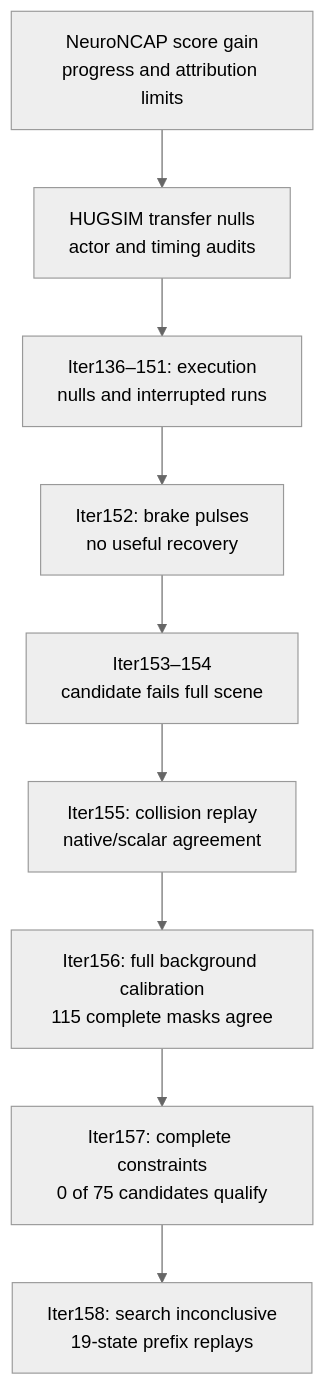
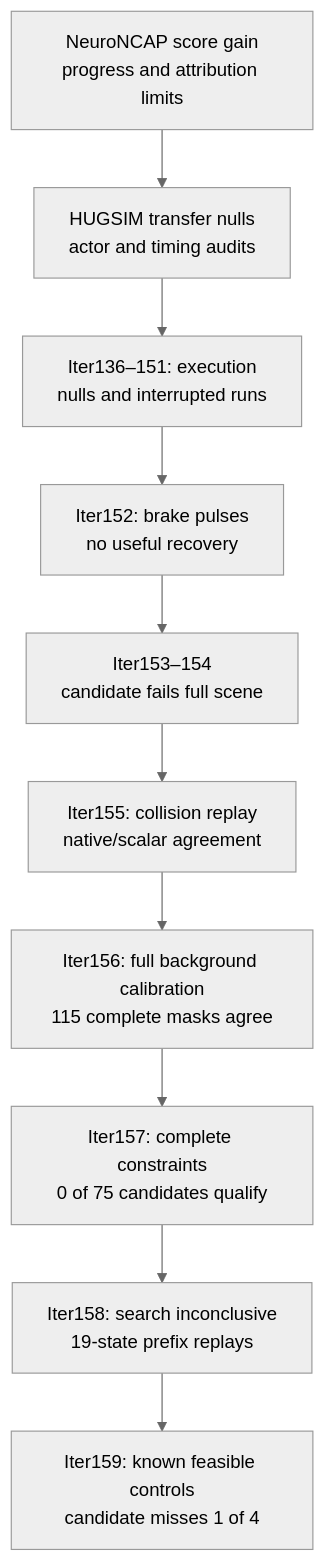
One commit to manfromnowhere143/sentinel changed the second of 3 diagrams in README.md. Above: the diagram before and after it, drawn with Mermaid (neutral theme). The commit also changed other lines of this file and 33 other files, not shown here.

````diff
--- a/README.md
+++ b/README.md
@@ -227,13 +227,14 @@
 ```mermaid
 flowchart TB
   accTitle: How the evidence changed the research question
   accDescr: Benchmark gains and transfer nulls lead to recovery tests, a failed model candidate, and a verified background collision witness.
   N["NeuroNCAP score gain<br/>progress and attribution limits"] --> T["HUGSIM transfer nulls<br/>actor and timing audits"]
   T --> E["Iter136–151: execution<br/>nulls and interrupted runs"]
   E --> P["Iter152: brake pulses<br/>no useful recovery"]
   P --> M["Iter153–154<br/>candidate fails full scene"]
   M --> W["Iter155: collision replay<br/>native/scalar agreement"]
   W --> C["Iter156: full background calibration<br/>115 complete masks agree"]
   C --> L["Iter157: complete constraints<br/>0 of 75 candidates qualify"]
   L --> A["Iter158: search inconclusive<br/>19-state prefix replays"]
+  A --> Q["Iter159: known feasible controls<br/>candidate misses 1 of 4"]
 ```
````
